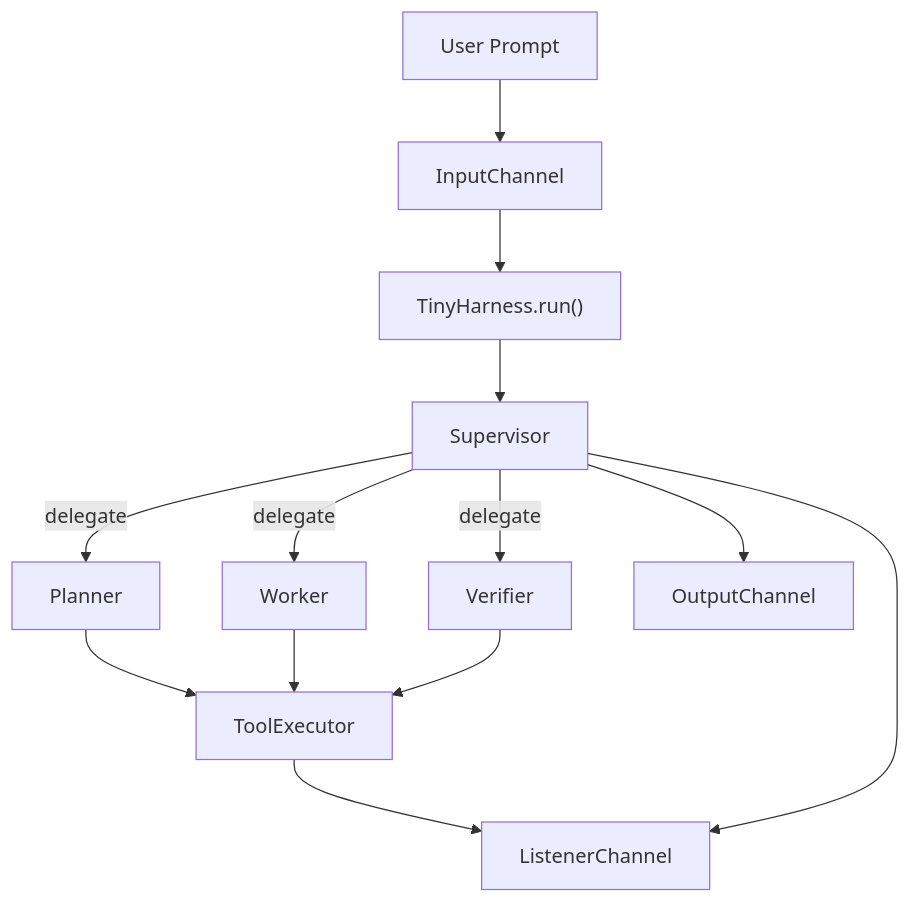
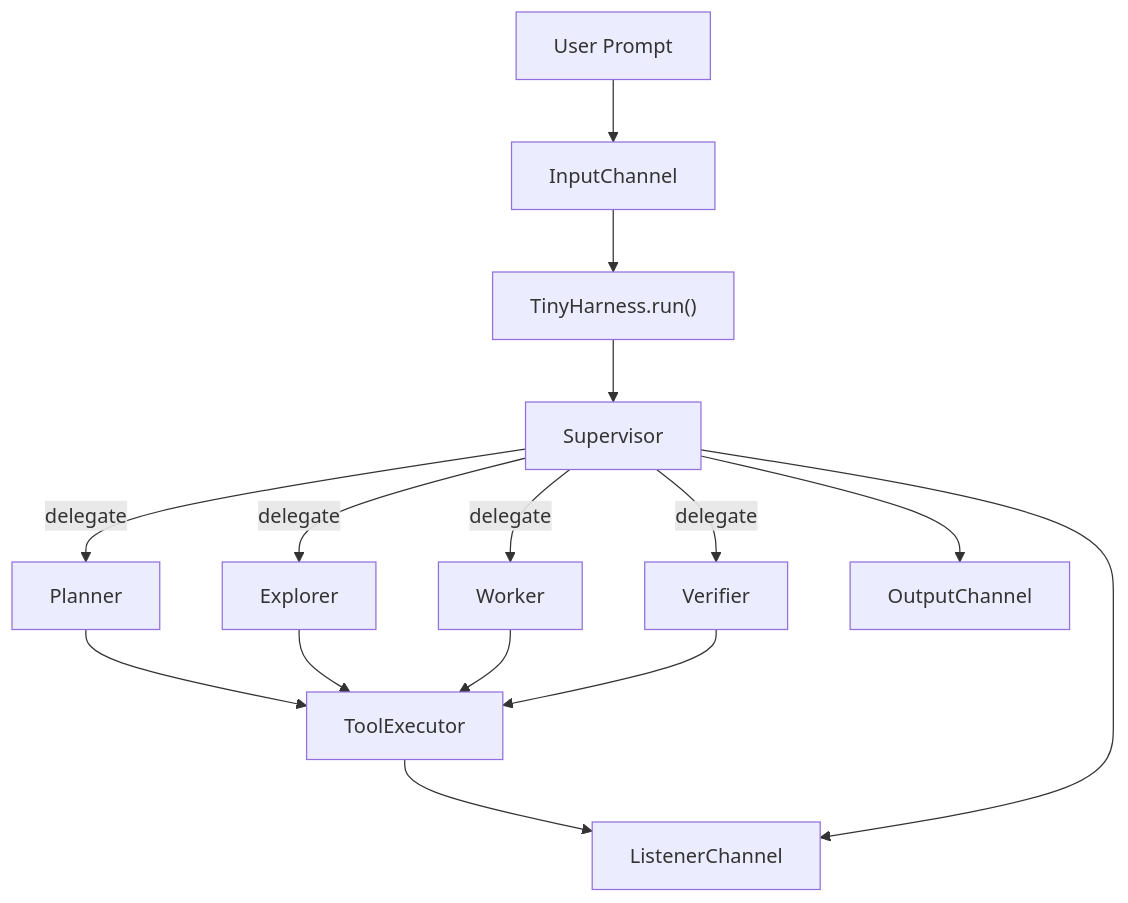
The diagram in README.md (junyeong-nero/tiny-agent-harness), drawn with Mermaid before and after one commit. The commit also changed other lines of this file and 1 other file, not shown here.

````diff
--- a/README.md
+++ b/README.md
@@ -11,15 +11,17 @@
 ```mermaid
 graph TD
     U["User Prompt"] --> IC["InputChannel"]
     IC --> TH["TinyHarness.run()"]
     TH --> SR["Supervisor"]
     SR -->|delegate| PL["Planner"]
+    SR -->|delegate| EX["Explorer"]
     SR -->|delegate| WK["Worker"]
     SR -->|delegate| RV["Verifier"]
     PL --> TC["ToolExecutor"]
+    EX --> TC
     WK --> TC
     RV --> TC
     TC --> LC["ListenerChannel"]
     SR --> LC
     SR --> OC["OutputChannel"]
 ```
````
